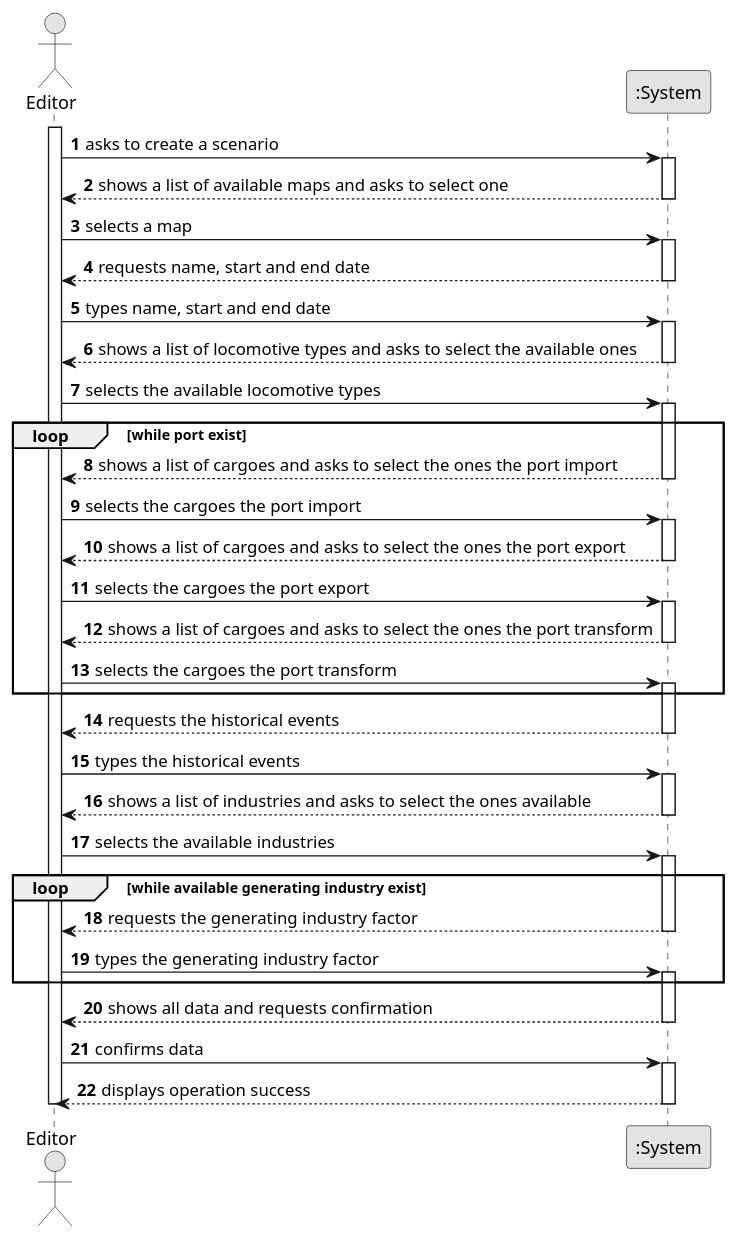
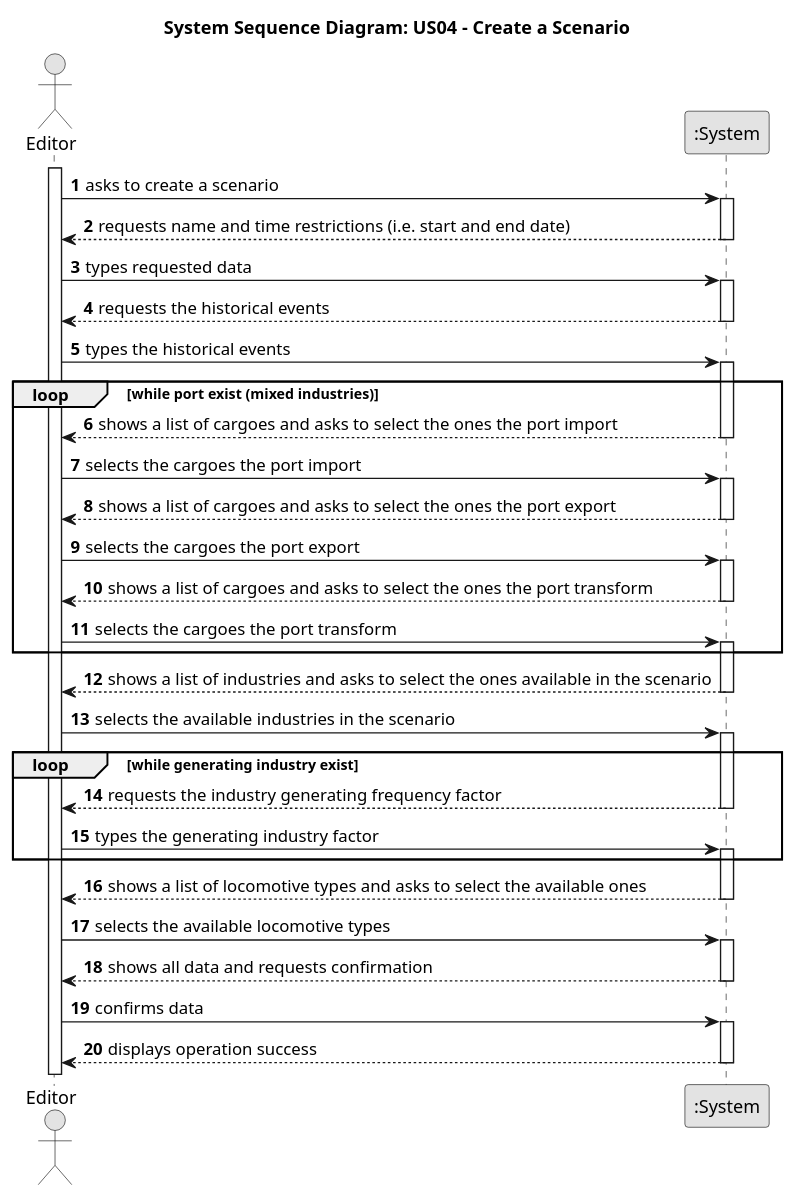
One commit to HenriqueSilva18/Railway-Network-Simulator changed the diagram in docs/system-documentation/Sprint 1/US04/01.requirements-engineering/puml/US04-SSD.puml. Above: the diagram before and after it, drawn with PlantUML. The commit also changed 3 other files, not shown here.

```diff
--- a/docs/system-documentation/Sprint 1/US04/01.requirements-engineering/puml/US04-SSD.puml
+++ b/docs/system-documentation/Sprint 1/US04/01.requirements-engineering/puml/US04-SSD.puml
@@ -1,84 +1,79 @@
 @startuml
 skinparam monochrome true
 skinparam packageStyle rectangle
 skinparam shadowing false
 
 autonumber
+
+title System Sequence Diagram: US04 - Create a Scenario
 
 actor "Editor" as Editor
 participant ":System" as System
 
 activate Editor
 
     Editor -> System : asks to create a scenario
     activate System
 
-        System --> Editor : shows a list of available maps and asks to select one
+        System --> Editor : requests name and time restrictions (i.e. start and end date)
     deactivate System
 
-    Editor -> System : selects a map
+    Editor -> System : types requested data
     activate System
 
-        System --> Editor : requests name, start and end date
+        System --> Editor : requests the historical events
     deactivate System
 
-    Editor -> System : types name, start and end date
+    Editor -> System : types the historical events
     activate System
 
-        System --> Editor : shows a list of locomotive types and asks to select the available ones
-    deactivate System
-
-    Editor -> System : selects the available locomotive types
-    activate System
-
-    loop while port exist
+    loop while port exist (mixed industries)
             System --> Editor : shows a list of cargoes and asks to select the ones the port import
         deactivate System
 
         Editor -> System : selects the cargoes the port import
         activate System
 
             System --> Editor : shows a list of cargoes and asks to select the ones the port export
         deactivate System
 
             Editor -> System : selects the cargoes the port export
             activate System
 
             System --> Editor : shows a list of cargoes and asks to select the ones the port transform
         deactivate System
 
             Editor -> System : selects the cargoes the port transform
             activate System
     end
 
-        System --> Editor : requests the historical events
+        System --> Editor : shows a list of industries and asks to select the ones available in the scenario
     deactivate System
 
-    Editor -> System : types the historical events
+    Editor -> System : selects the available industries in the scenario
     activate System
 
-        System --> Editor : shows a list of industries and asks to select the ones available
-    deactivate System
-
-    Editor -> System : selects the available industries
-    activate System
-
-    loop while available generating industry exist
-            System --> Editor : requests the generating industry factor
+    loop while generating industry exist
+            System --> Editor : requests the industry generating frequency factor
         deactivate System
 
         Editor -> System : types the generating industry factor
         activate System
     end
+
+            System --> Editor : shows a list of locomotive types and asks to select the available ones
+        deactivate System
+
+        Editor -> System : selects the available locomotive types
+        activate System
 
         System --> Editor : shows all data and requests confirmation
     deactivate System
 
     Editor -> System : confirms data
     activate System
 
         System --> Editor : displays operation success
     deactivate System
 
-deactivate Editor
 @enduml
```
